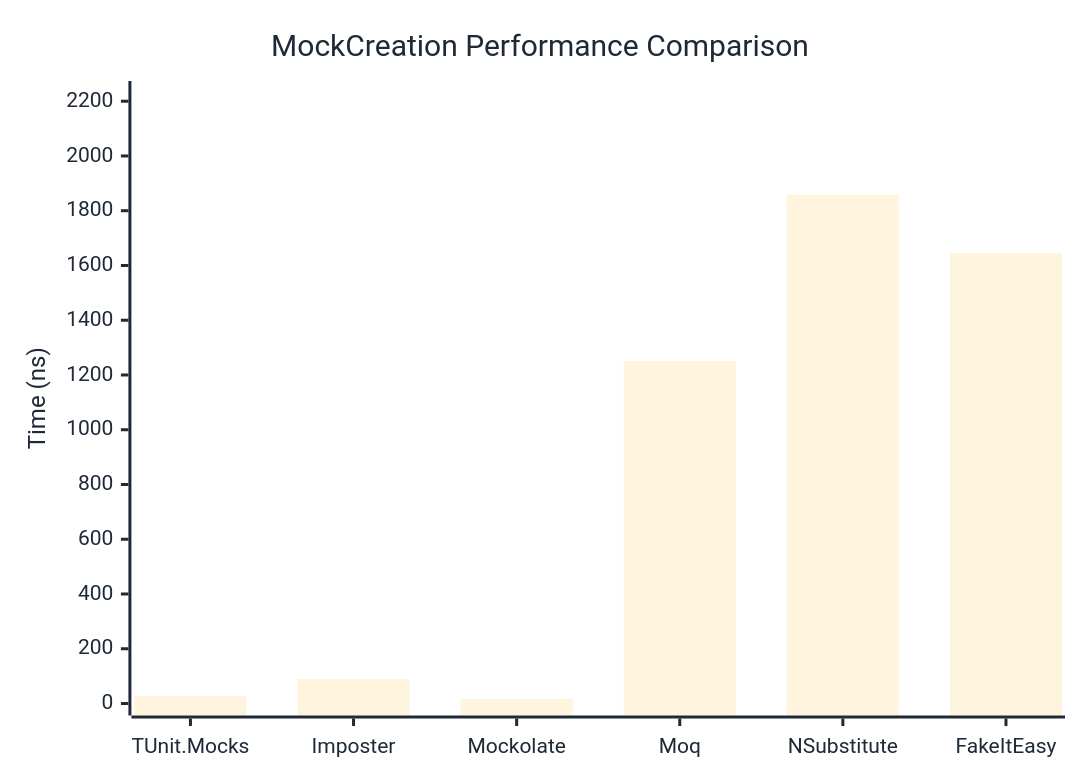
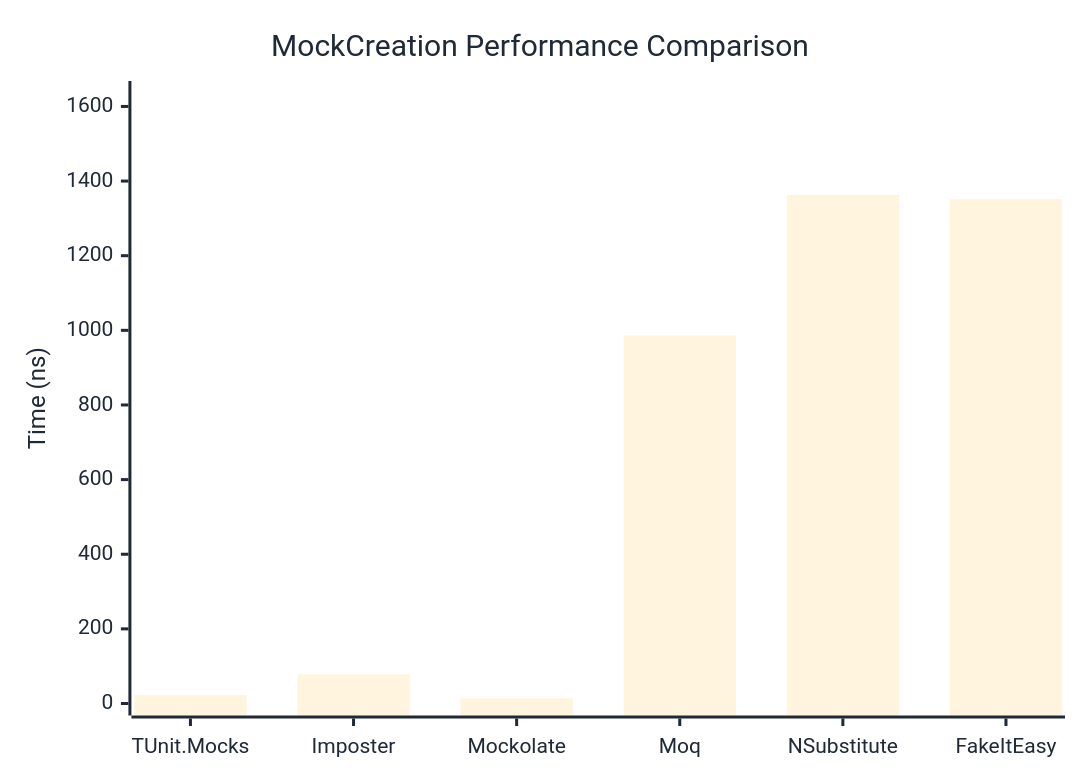
The first of 2 diagrams in docs/docs/benchmarks/mocks/MockCreation.md (thomhurst/TUnit), drawn with Mermaid before and after one commit. The commit also changed other lines of this file and 14 other files, not shown here.

````diff
--- a/docs/docs/benchmarks/mocks/MockCreation.md
+++ b/docs/docs/benchmarks/mocks/MockCreation.md
@@ -30,27 +30,27 @@
 ```mermaid
 %%{init: {
   'theme':'base',
   'themeVariables': {
     'primaryColor': '#2563eb',
     'primaryTextColor': '#1f2937',
     'primaryBorderColor': '#1e40af',
     'lineColor': '#6b7280',
     'secondaryColor': '#7c3aed',
     'tertiaryColor': '#dc2626',
     'background': '#ffffff',
     'pie1': '#2563eb',
     'pie2': '#7c3aed',
     'pie3': '#dc2626',
     'pie4': '#f59e0b',
     'pie5': '#10b981',
     'pie6': '#06b6d4',
     'pie7': '#ec4899',
     'pie8': '#6366f1'
   }
 }}%%
 xychart-beta
   title "MockCreation Performance Comparison"
   x-axis ["TUnit.Mocks", "Imposter", "Mockolate", "Moq", "NSubstitute", "FakeItEasy"]
-  y-axis "Time (ns)" 0 --> 2230
-  bar [27.23, 89.68, 16.77, 1250.75, 1858.19, 1645.27]
+  y-axis "Time (ns)" 0 --> 1636
+  bar [22.85, 78.26, 13.68, 986.34, 1362.78, 1351.27]
 ```
````
